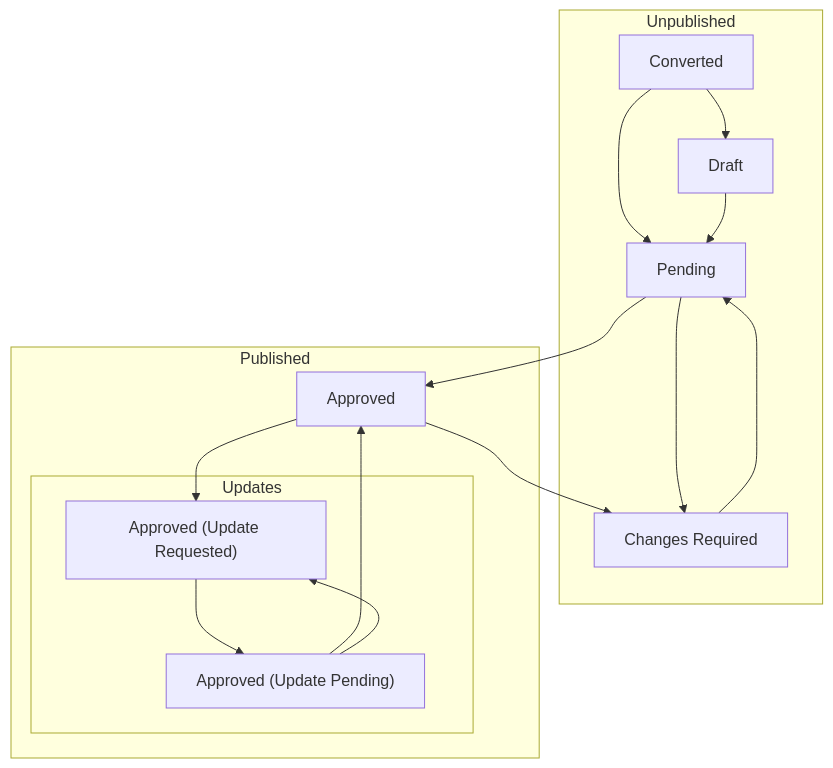
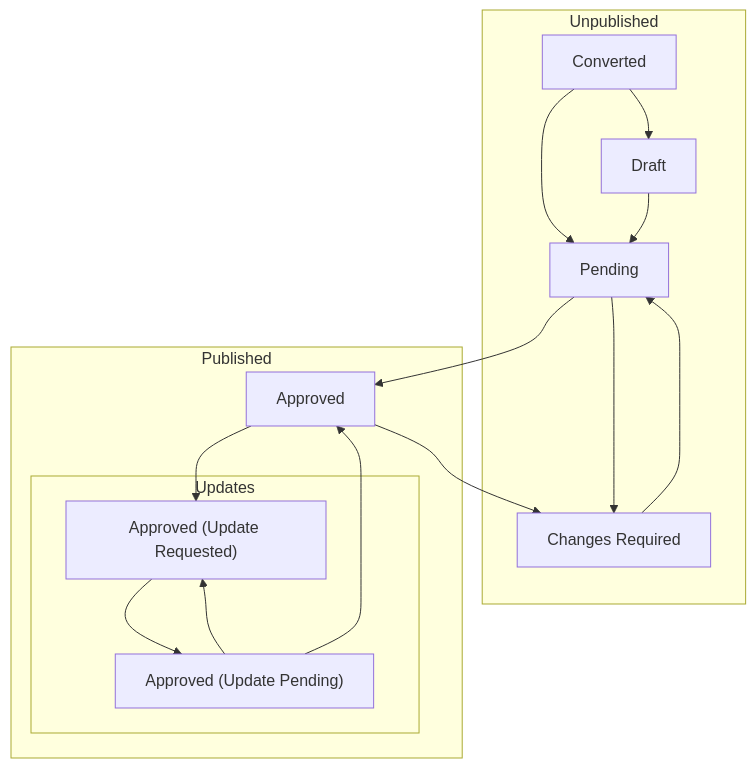
Before and after one commit to opendp/deployments-registry-data: the diagram in README.md, drawn with Mermaid.

Commit message:
Update README.md
adjust arrows

````diff
--- a/README.md
+++ b/README.md
@@ -20,19 +20,19 @@
 ```mermaid
 graph TD
     subgraph Unpublished
         Converted --> Draft
         Converted --> Pending
         Draft --> Pending
         Pending --> Changes["Changes Required"] --> Pending
     end
     subgraph Published
         subgraph Updates
             Update["Approved (Update Requested)"] --> Repending["Approved (Update Pending)"]
         end
         Approved --> Update["Approved (Update Requested)"] 
-        Repending --> Approved
-        Repending --> Update["Approved (Update Requested)"] 
+        Repending --> Update["Approved (Update Requested)"]
+        Repending --> Approved 
     end
     Pending --> Approved
     Approved --> Changes
 ```
````
